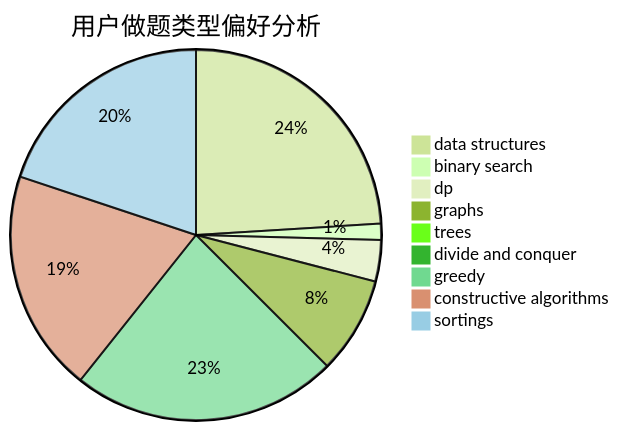
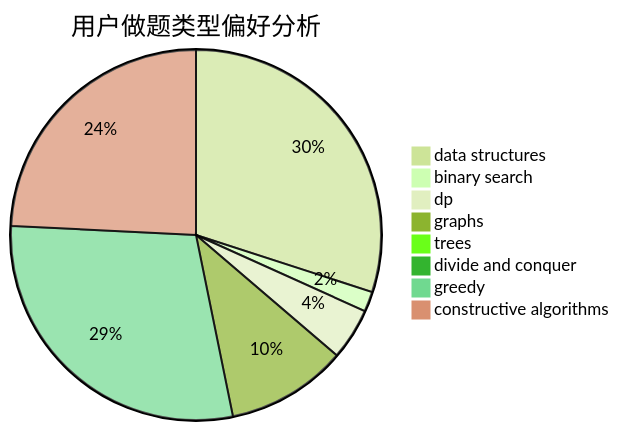
One commit to sherpahu/cfrs.github.io changed the second of 3 diagrams in docs/user/u1203.md. Above: the diagram before and after it, drawn with Mermaid (forest theme). The commit also changed other lines of this file and 2769 other files, not shown here.

````diff
--- a/docs/user/u1203.md
+++ b/docs/user/u1203.md
@@ -18,12 +18,11 @@
 ```mermaid
 pie title 用户做题类型偏好分析
     "data structures" :  239
     "binary search" :  14
     "dp" :  36
     "graphs" :  84
     "trees" :  4
     "divide and conquer" :  0
     "greedy" :  231
     "constructive algorithms" :  193
-    "sortings" :  198
 ```
````
